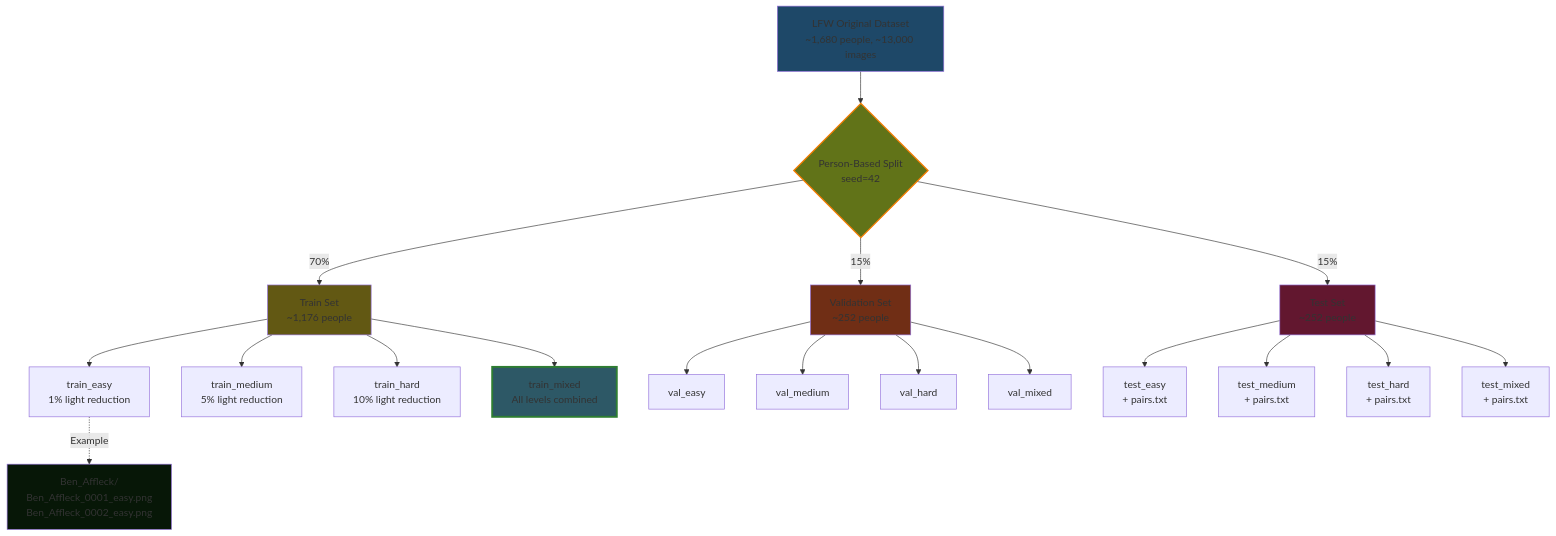
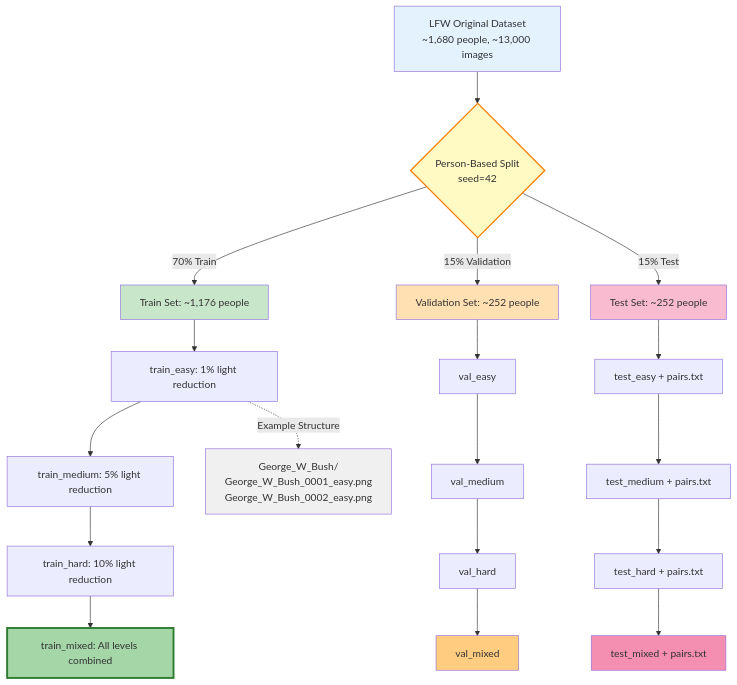
One commit to jamal-uddin5823/HVI-CIDNet changed the diagram in figure3_data_splitting.mmd. Above: the diagram before and after it, drawn with Mermaid. The commit also changed 65 other files, not shown here.

```diff
--- a/figure3_data_splitting.mmd
+++ b/figure3_data_splitting.mmd
@@ -1,34 +1,36 @@
 graph TD
-    A[LFW Original Dataset<br/>~1,680 people, ~13,000 images] --> B{Person-Based Split<br/>seed=42}
+    A[LFW Original Dataset<br/>~1,680 people, ~13,000 images]
+    A --> B{Person-Based Split<br/>seed=42}
 
-    B -->|70%| C[Train Set<br/>~1,176 people]
-    B -->|15%| D[Validation Set<br/>~252 people]
-    B -->|15%| E[Test Set<br/>~252 people]
+    B -->|70% Train| C[Train Set: ~1,176 people]
+    C --> C1[train_easy: 1% light reduction]
+    C1 --> C2[train_medium: 5% light reduction]
+    C2 --> C3[train_hard: 10% light reduction]
+    C3 --> C4[train_mixed: All levels combined]
 
-    C --> C1[train_easy<br/>1% light reduction]
-    C --> C2[train_medium<br/>5% light reduction]
-    C --> C3[train_hard<br/>10% light reduction]
-    C --> C4[train_mixed<br/>All levels combined]
+    B -->|15% Validation| D[Validation Set: ~252 people]
+    D --> D1[val_easy]
+    D1 --> D2[val_medium]
+    D2 --> D3[val_hard]
+    D3 --> D4[val_mixed]
 
-    D --> D1[val_easy]
-    D --> D2[val_medium]
-    D --> D3[val_hard]
-    D --> D4[val_mixed]
+    B -->|15% Test| E[Test Set: ~252 people]
+    E --> E1[test_easy + pairs.txt]
+    E1 --> E2[test_medium + pairs.txt]
+    E2 --> E3[test_hard + pairs.txt]
+    E3 --> E4[test_mixed + pairs.txt]
 
-    E --> E1[test_easy<br/>+ pairs.txt]
-    E --> E2[test_medium<br/>+ pairs.txt]
-    E --> E3[test_hard<br/>+ pairs.txt]
-    E --> E4[test_mixed<br/>+ pairs.txt]
+    C1 -.->|Example Structure| F[George_W_Bush/<br/>George_W_Bush_0001_easy.png<br/>George_W_Bush_0002_easy.png]
 
-    C1 -.->|Example| F[Ben_Affleck/<br/>Ben_Affleck_0001_easy.png<br/>Ben_Affleck_0002_easy.png]
-
-    style A fill:#1e4868
-    style B fill:#617318
-    style C fill:#625813
-    style D fill:#702e15
-    style E fill:#62172f
-    style C4 fill:#2d5866,stroke:#2e7d32,stroke-width:3px
-    style F fill:#071707
+    style A fill:#e3f2fd
+    style B fill:#fff9c4
+    style C fill:#c8e6c9
+    style D fill:#ffe0b2
+    style E fill:#f8bbd0
+    style C4 fill:#a5d6a7,stroke:#2e7d32,stroke-width:3px
+    style D4 fill:#ffcc80
+    style E4 fill:#f48fb1
+    style F fill:#f0f0f0
 
     classDef keyFeature fill:#ffeb3b,stroke:#f57c00,stroke-width:2px
     class B keyFeature
```
